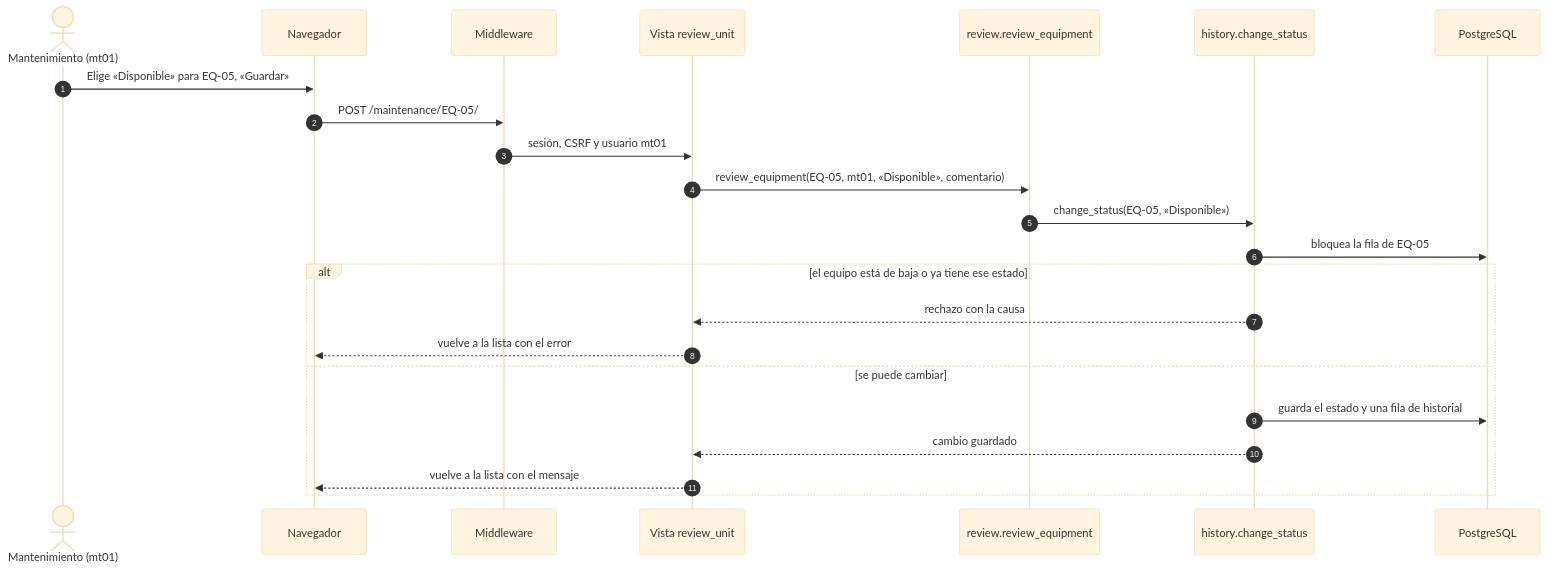
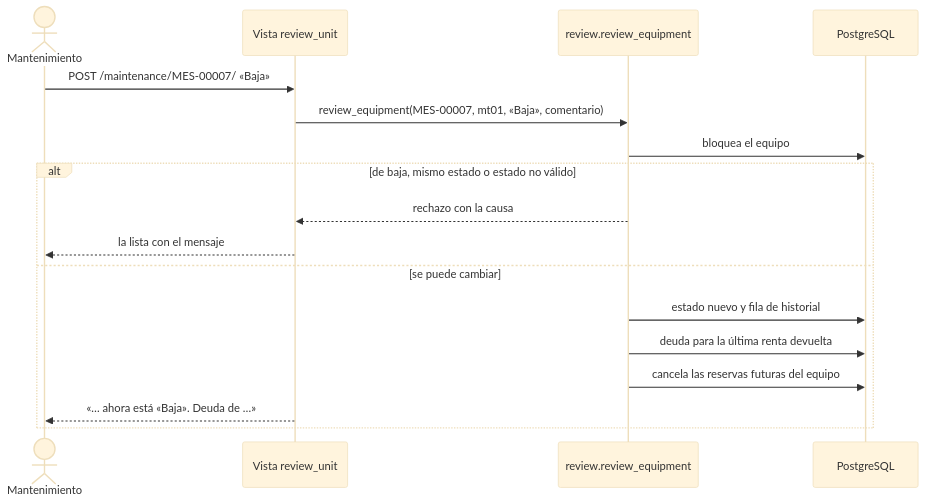
One commit to peterteranb/astra-rent-system changed diagram 11 of 17 in docs/casos-de-uso.md. Above: the diagram before and after it, drawn with Mermaid (base theme). The commit also changed other lines of this file and 6 other files, not shown here.

````diff
--- a/docs/casos-de-uso.md
+++ b/docs/casos-de-uso.md
@@ -221,26 +448,19 @@
 ```mermaid
 sequenceDiagram
-    autonumber
-    actor T as Mantenimiento (mt01)
-    participant N as Navegador
-    participant M as Middleware
+    actor T as Mantenimiento
     participant V as Vista review_unit
     participant U as review.review_equipment
-    participant H as history.change_status
     participant BD as PostgreSQL
-
-    T->>N: Elige «Disponible» para EQ-05, «Guardar»
-    N->>M: POST /maintenance/EQ-05/
-    M->>V: sesión, CSRF y usuario mt01
-    V->>U: review_equipment(EQ-05, mt01, «Disponible», comentario)
-    U->>H: change_status(EQ-05, «Disponible»)
-    H->>BD: bloquea la fila de EQ-05
-    alt el equipo está de baja o ya tiene ese estado
-        H-->>V: rechazo con la causa
-        V-->>N: vuelve a la lista con el error
+    T->>V: POST /maintenance/MES-00007/ «Baja»
+    V->>U: review_equipment(MES-00007, mt01, «Baja», comentario)
+    U->>BD: bloquea el equipo
+    alt de baja, mismo estado o estado no válido
+        U-->>V: rechazo con la causa
+        V-->>T: la lista con el mensaje
     else se puede cambiar
-        H->>BD: guarda el estado y una fila de historial
-        H-->>V: cambio guardado
-        V-->>N: vuelve a la lista con el mensaje
+        U->>BD: estado nuevo y fila de historial
+        U->>BD: deuda para la última renta devuelta
+        U->>BD: cancela las reservas futuras del equipo
+        V-->>T: «… ahora está «Baja». Deuda de …»
     end
 ```
````
